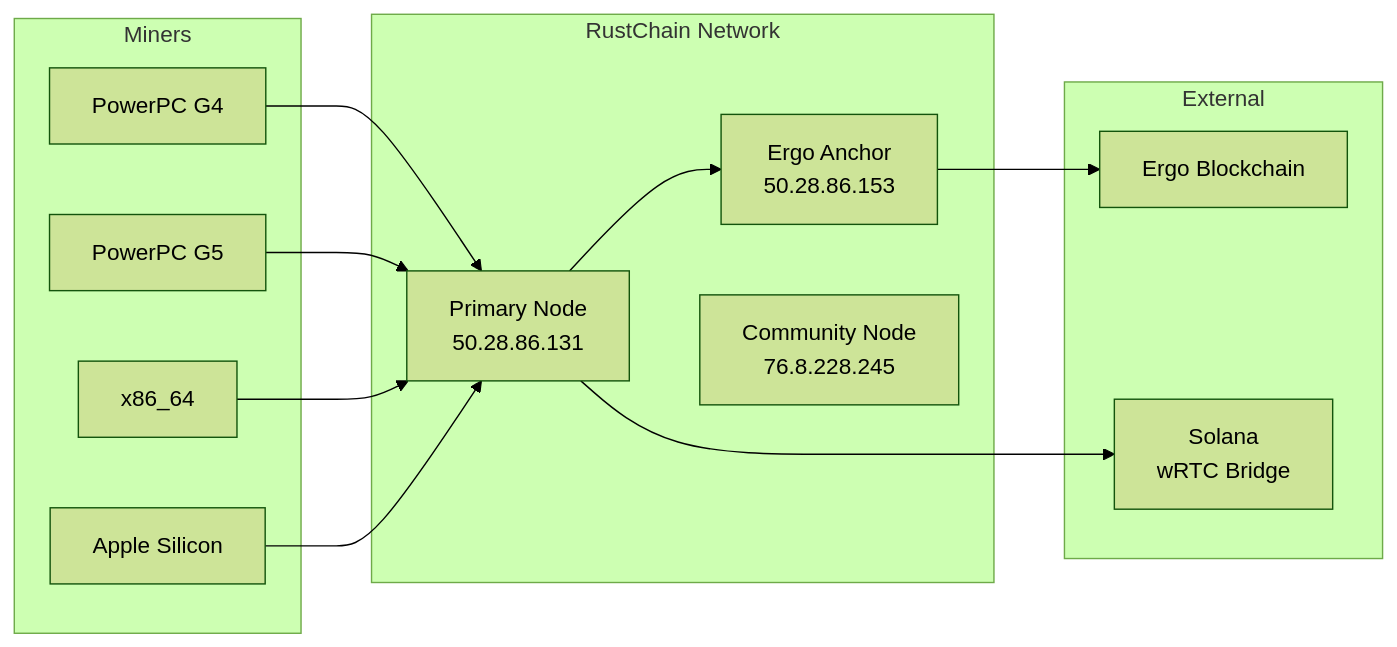
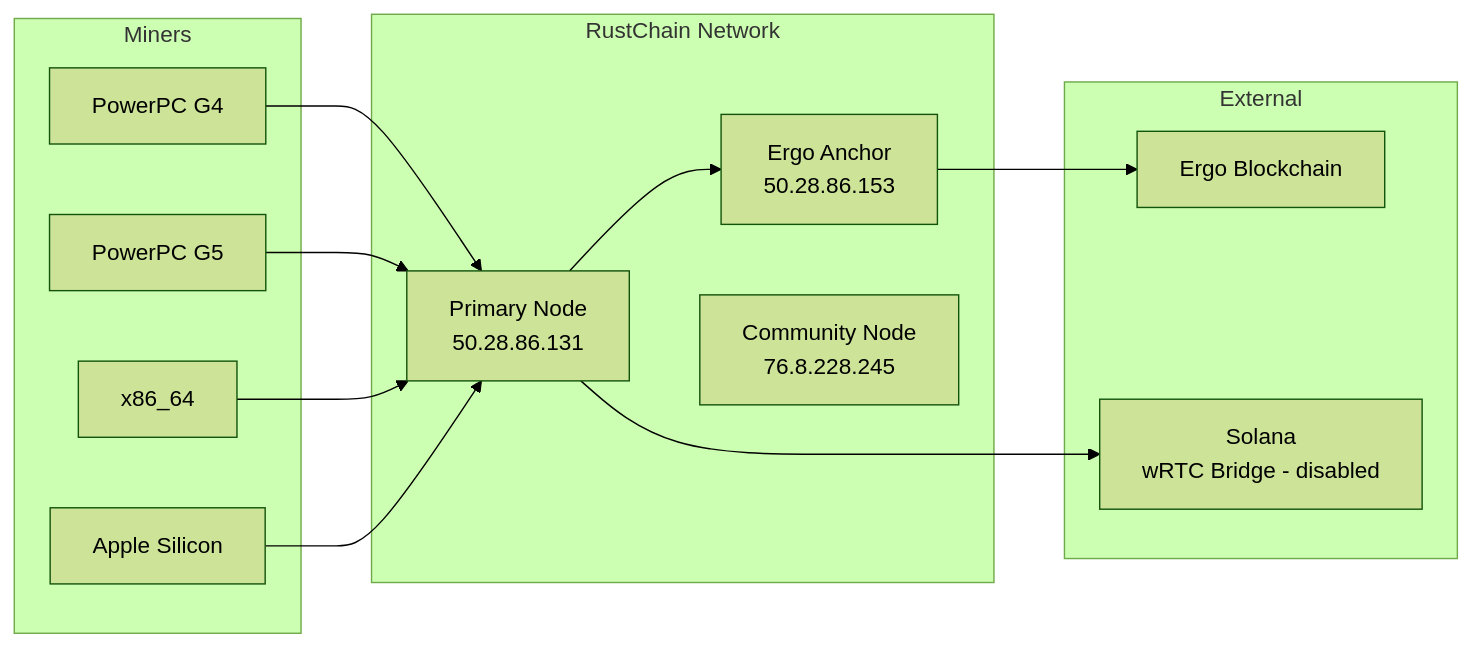
Before and after one commit to Scottcjn/Rustchain: the second of 2 diagrams in docs/protocol-overview.md, drawn with Mermaid (forest theme). The commit also changed other lines of this file and 79 other files, not shown here.

````diff
--- a/docs/protocol-overview.md
+++ b/docs/protocol-overview.md
@@ -97,28 +97,28 @@
 ```mermaid
 graph LR
     subgraph Miners
         M1[PowerPC G4]
         M2[PowerPC G5]
         M3[x86_64]
         M4[Apple Silicon]
     end
     
     subgraph RustChain Network
         N1[Primary Node<br>50.28.86.131]
         N2[Ergo Anchor<br>50.28.86.153]
         N3[Community Node<br>76.8.228.245]
     end
     
     subgraph External
         ERGO[Ergo Blockchain]
-        SOL[Solana<br>wRTC Bridge]
+        SOL[Solana<br>wRTC Bridge - disabled]
     end
     
     M1 --> N1
     M2 --> N1
     M3 --> N1
     M4 --> N1
     N1 --> N2
     N2 --> ERGO
     N1 --> SOL
 ```
````
